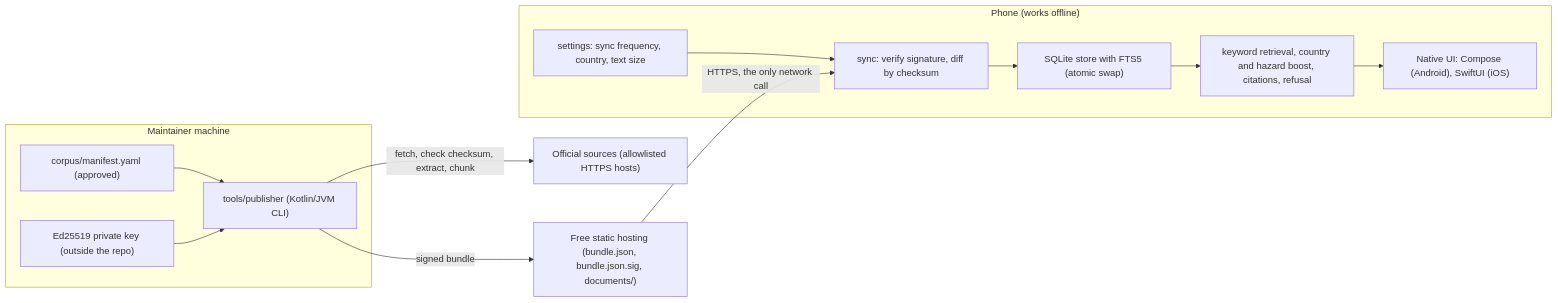
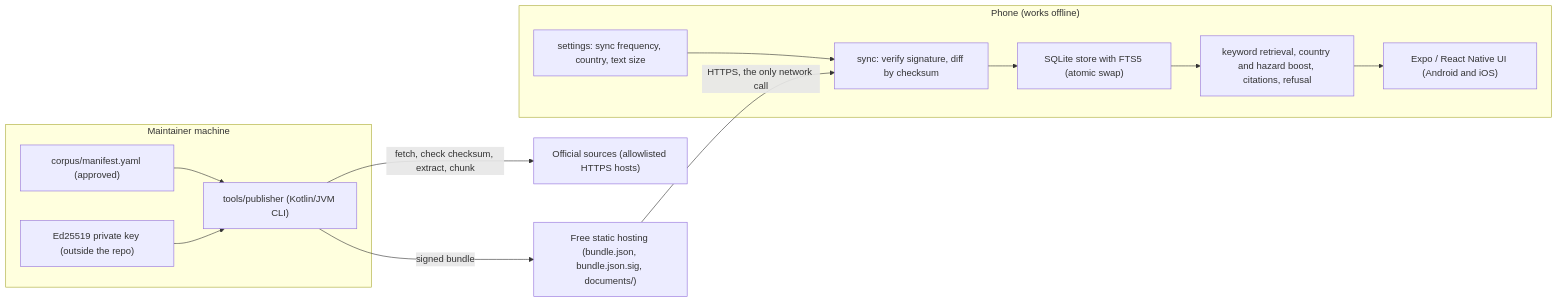
Before and after one commit to wosslabs/sheltr: the diagram in docs/architecture/mobile-design.md, drawn with Mermaid. The commit also changed other lines of this file and 205 other files, not shown here.

First line of the commit message:
feat!: rewrite the mobile app in Expo (React Native, TypeScript)

````diff
--- a/docs/architecture/mobile-design.md
+++ b/docs/architecture/mobile-design.md
@@ -7,28 +7,28 @@
 ```mermaid
 flowchart LR
   subgraph Maintainer["Maintainer machine"]
     M["corpus/manifest.yaml (approved)"]
     P["tools/publisher (Kotlin/JVM CLI)"]
     K["Ed25519 private key (outside the repo)"]
     M --> P
     K --> P
   end
 
   S["Official sources (allowlisted HTTPS hosts)"]
   H["Free static hosting (bundle.json, bundle.json.sig, documents/)"]
 
   P -- "fetch, check checksum, extract, chunk" --> S
   P -- "signed bundle" --> H
 
   subgraph Phone["Phone (works offline)"]
     SY["sync: verify signature, diff by checksum"]
     ST["SQLite store with FTS5 (atomic swap)"]
     R["keyword retrieval, country and hazard boost, citations, refusal"]
     SET["settings: sync frequency, country, text size"]
-    UI["Native UI: Compose (Android), SwiftUI (iOS)"]
+    UI["Expo / React Native UI (Android and iOS)"]
     SET --> SY
     SY --> ST --> R --> UI
   end
 
   H -- "HTTPS, the only network call" --> SY
 ```
````
